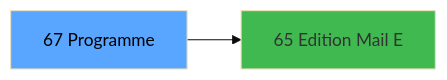
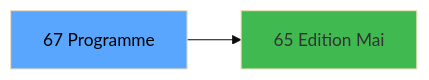
One commit to thonyAGP/magic-migration changed the third of 3 diagrams in .openspec/specs/ADH-IDE-67.md. Above: the diagram before and after it, drawn with Mermaid (base theme). The commit also changed other lines of this file and 323 other files, not shown here.

````diff
--- a/.openspec/specs/ADH-IDE-67.md
+++ b/.openspec/specs/ADH-IDE-67.md
@@ -114,8 +125,8 @@
 ```mermaid
 graph LR
     T[67 Programme]
-    C65[65 Edition  Mail E]
+    C65[65 Edition  Mai]
     T --> C65
     style T fill:#58a6ff,color:#000
     style C65 fill:#3fb950
 ```
````
